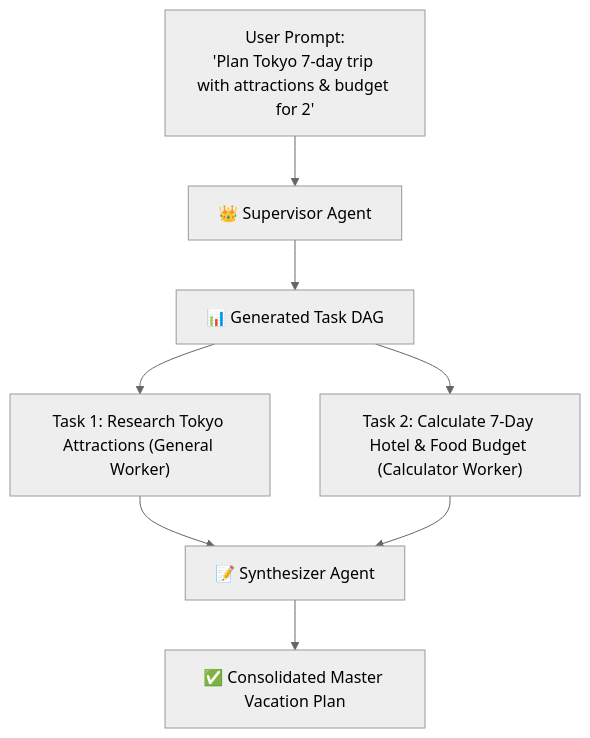
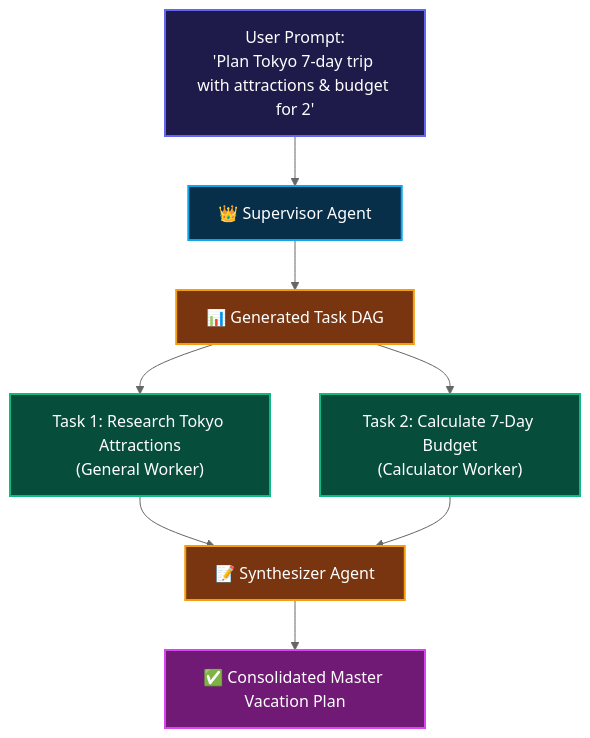
Before and after one commit to vdonthireddy/agentic-ai: the first of 2 diagrams in docs/09_multi_agent_orchestrator.md, drawn with Mermaid (neutral theme). The commit also changed other lines of this file and 10 other files, not shown here.

Commit message:
docs(styling): enrich Mermaid flowcharts with vibrant, glowing classDef colors across all documentation guides

````diff
--- a/docs/09_multi_agent_orchestrator.md
+++ b/docs/09_multi_agent_orchestrator.md
@@ -42,13 +42,25 @@
 ```mermaid
 flowchart TD
     User["User Prompt:\n'Plan Tokyo 7-day trip with attractions & budget for 2'"] --> Sup["👑 Supervisor Agent"]
     
     Sup --> DAG["📊 Generated Task DAG"]
-    DAG --> T1["Task 1: Research Tokyo Attractions (General Worker)"]
-    DAG --> T2["Task 2: Calculate 7-Day Hotel & Food Budget (Calculator Worker)"]
+    DAG --> T1["Task 1: Research Tokyo Attractions\n(General Worker)"]
+    DAG --> T2["Task 2: Calculate 7-Day Budget\n(Calculator Worker)"]
     
     T1 --> Synth["📝 Synthesizer Agent"]
     T2 --> Synth
     
     Synth --> Out["✅ Consolidated Master Vacation Plan"]
+
+    classDef cIndigo fill:#1e1b4b,stroke:#6366f1,stroke-width:2px,color:#fff;
+    classDef cCyan fill:#082f49,stroke:#0ea5e9,stroke-width:2px,color:#fff;
+    classDef cEmerald fill:#064e3b,stroke:#10b981,stroke-width:2px,color:#fff;
+    classDef cAmber fill:#78350f,stroke:#f59e0b,stroke-width:2px,color:#fff;
+    classDef cFuchsia fill:#701a75,stroke:#d946ef,stroke-width:2px,color:#fff;
+
+    class User cIndigo;
+    class Sup cCyan;
+    class DAG,Synth cAmber;
+    class T1,T2 cEmerald;
+    class Out cFuchsia;
 ```
````
